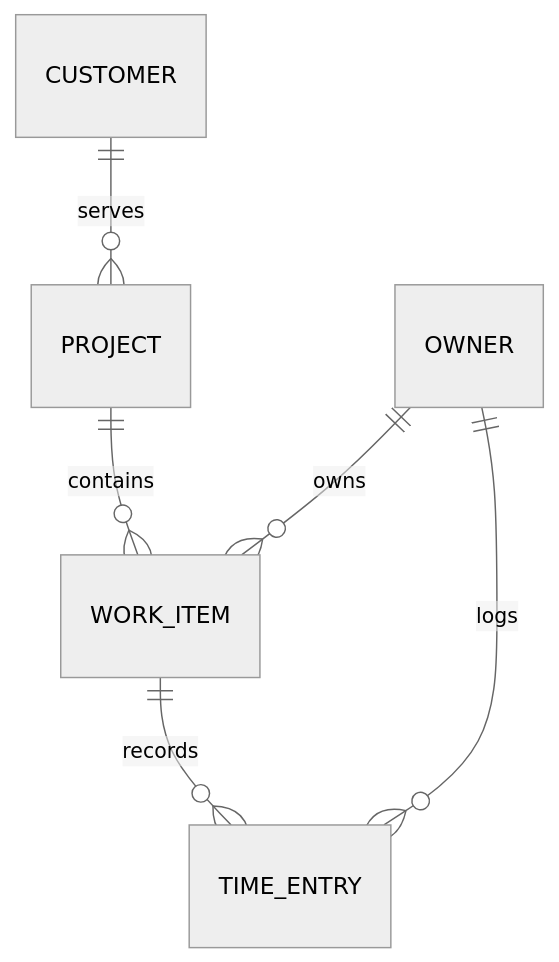
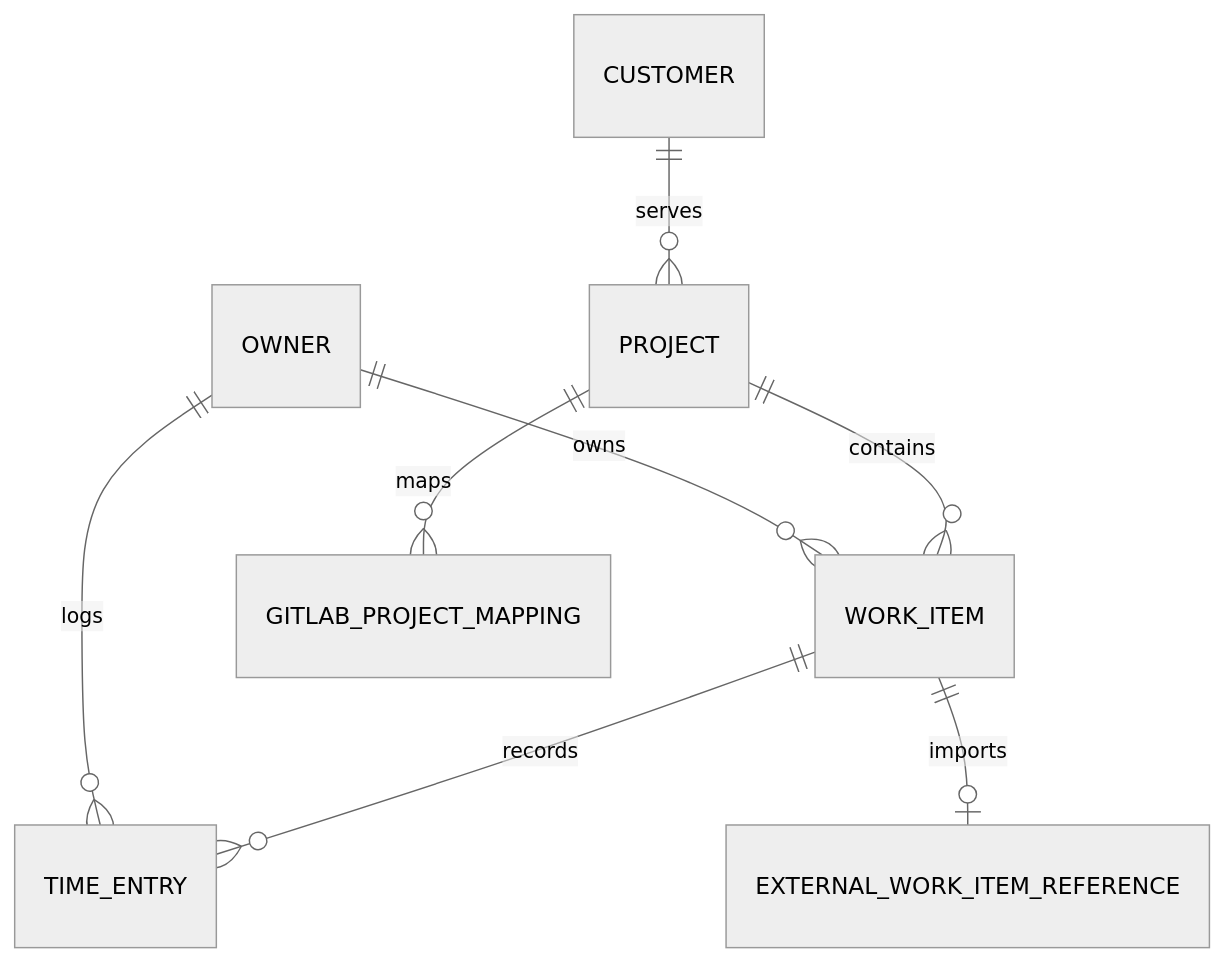
Before and after one commit to wasant-prds/project-management-system: the third of 3 diagrams in document/ARCHITECTURE.md, drawn with Mermaid (neutral theme). The commit also changed other lines of this file and 17 other files, not shown here.

Commit message:
#10 Updated 18 documentation files to align menu scopes, data flows, and one-way GitLab issue sync.

````diff
--- a/document/ARCHITECTURE.md
+++ b/document/ARCHITECTURE.md
@@ -93,8 +99,10 @@
 ```mermaid
 erDiagram
   CUSTOMER ||--o{ PROJECT : serves
   PROJECT ||--o{ WORK_ITEM : contains
   OWNER ||--o{ WORK_ITEM : owns
   WORK_ITEM ||--o{ TIME_ENTRY : records
   OWNER ||--o{ TIME_ENTRY : logs
+  PROJECT ||--o{ GITLAB_PROJECT_MAPPING : maps
+  WORK_ITEM ||--o| EXTERNAL_WORK_ITEM_REFERENCE : imports
 ```
````
